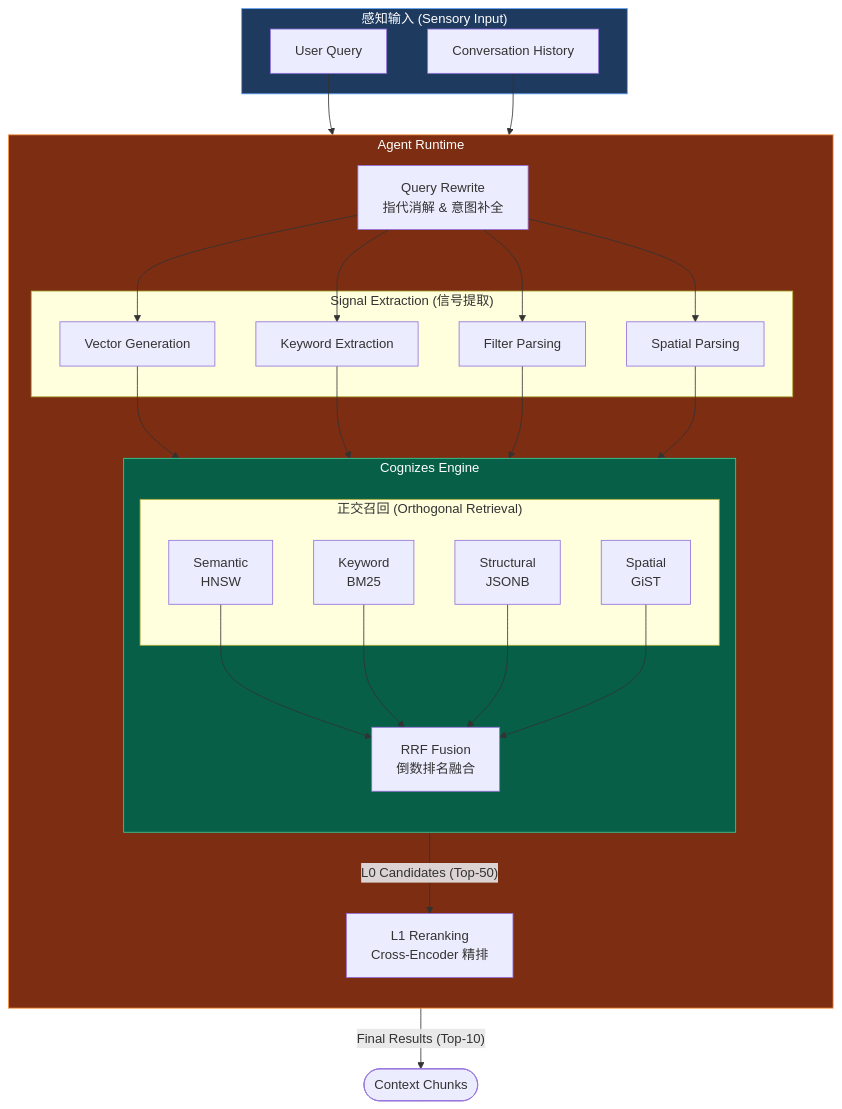
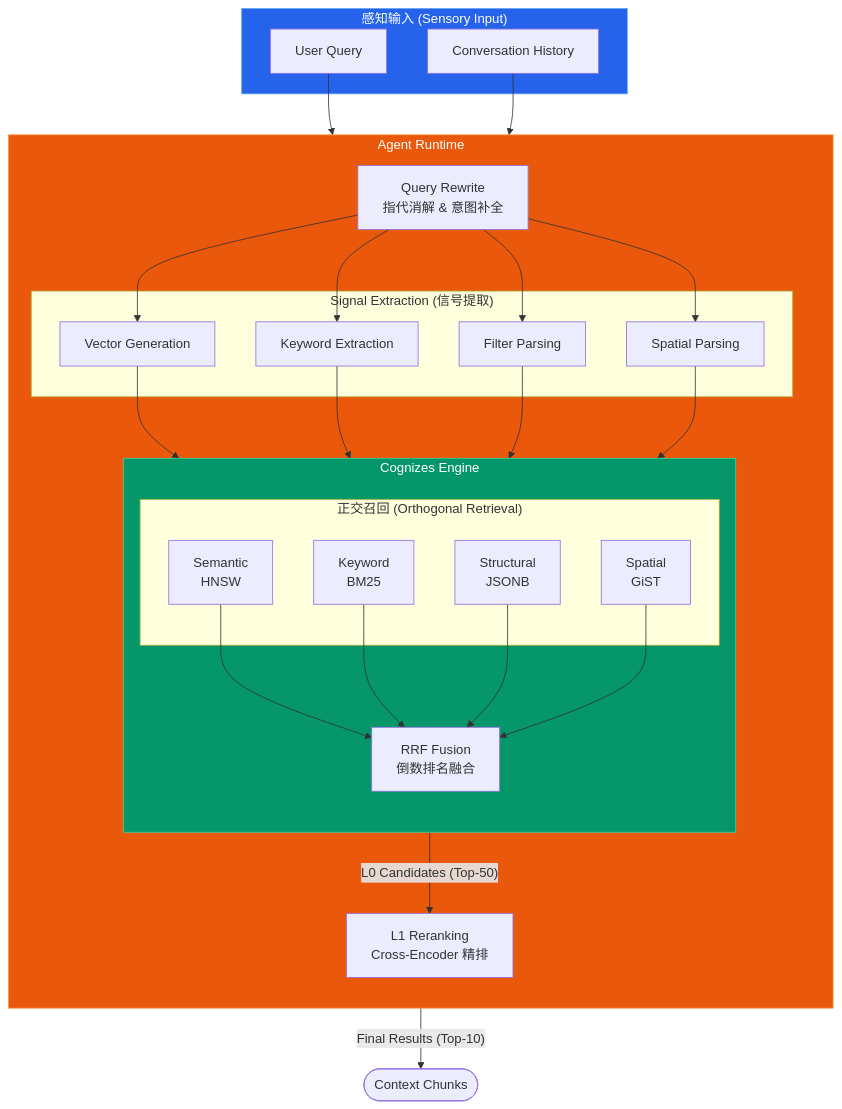
The second of 12 diagrams in docs/engine/030-the-perception.md (ThreeFish-AI/agentic-ai-papers), drawn with Mermaid before and after one commit. The commit also changed other lines of this file, not shown here.

First line of the commit message:
docs(perception): 优化 Mermaid 图表样式;

````diff
--- a/docs/engine/030-the-perception.md
+++ b/docs/engine/030-the-perception.md
@@ -75,52 +75,52 @@
 ```mermaid
 flowchart TB
     subgraph Input ["感知输入 (Sensory Input)"]
         Q[User Query]
         H[Conversation History]
     end
 
     subgraph Runtime ["Agent Runtime"]
         direction TB
         QR[Query Rewrite<br>指代消解 & 意图补全]
 
         subgraph Extractor ["Signal Extraction (信号提取)"]
             E_Vec[Vector Generation]
             E_Kwd[Keyword Extraction]
             E_Meta[Filter Parsing]
             E_Geo[Spatial Parsing]
         end
 
         subgraph Storage ["Cognizes Engine"]
             direction TB
 
             subgraph Signals ["正交召回 (Orthogonal Retrieval)"]
                 S1[Semantic<br>HNSW]
                 S2[Keyword<br>BM25]
                 S3[Structural<br>JSONB]
                 S4[Spatial<br>GiST]
             end
 
             RRF[RRF Fusion<br>倒数排名融合]
         end
 
         L1[L1 Reranking<br>Cross-Encoder 精排]
     end
 
     %% Flow
     Q & H --> QR
     QR --> E_Vec & E_Kwd & E_Meta & E_Geo
 
     E_Vec --> S1
     E_Kwd --> S2
     E_Meta --> S3
     E_Geo --> S4
 
     S1 & S2 & S3 & S4 --> RRF
     RRF -- "L0 Candidates (Top-50)" --> L1
     L1 -- "Final Results (Top-10)" --> Output([Context Chunks])
 
     %% Styling
-    style Input fill:#1e3a5f,stroke:#60a5fa,color:#fff
-    style Runtime fill:#7c2d12,stroke:#fb923c,color:#fff
-    style Storage fill:#065f46,stroke:#34d399,color:#fff
+    style Input fill:#2563eb,stroke:#60a5fa,color:#fff
+    style Runtime fill:#ea580c,stroke:#fb923c,color:#fff
+    style Storage fill:#059669,stroke:#34d399,color:#fff
 ```
````
